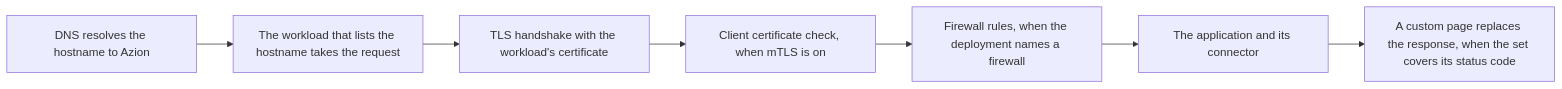
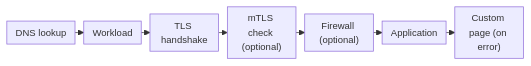
Before and after one commit to aziontech/docs: the first of 4 diagrams in src/content/docs/en/pages/secure/workloads/how-it-works.mdx, drawn with Mermaid. The commit also changed other lines of this file and 5 other files, not shown here.

First line of the commit message:
docs(workloads): fit the section's diagrams to the frame without horizontal scroll

````diff
--- a/src/content/docs/en/pages/secure/workloads/how-it-works.mdx
+++ b/src/content/docs/en/pages/secure/workloads/how-it-works.mdx
@@ -26,9 +26,10 @@
 ```mermaid
+%%{init: {"layout": "dagre", "themeVariables": {"fontSize": "13px"}, "flowchart": {"nodeSpacing": 12, "rankSpacing": 12, "padding": 6, "wrappingWidth": 70, "minNodeWidth": 40, "useMaxWidth": true}}}%%
 flowchart LR
-  DNS["DNS resolves the hostname to Azion"] --> Host["The workload that lists the hostname takes the request"]
-  Host --> TLS["TLS handshake with the workload's certificate"]
-  TLS --> MTLS["Client certificate check, when mTLS is on"]
-  MTLS --> FW["Firewall rules, when the deployment names a firewall"]
-  FW --> App["The application and its connector"]
-  App --> CP["A custom page replaces the response, when the set covers its status code"]
+  DNS["DNS lookup"] --> Host["Workload"]
+  Host --> TLS["TLS handshake"]
+  TLS --> MTLS["mTLS check (optional)"]
+  MTLS --> FW["Firewall (optional)"]
+  FW --> App["Application"]
+  App --> CP["Custom page (on error)"]
 ```
````
